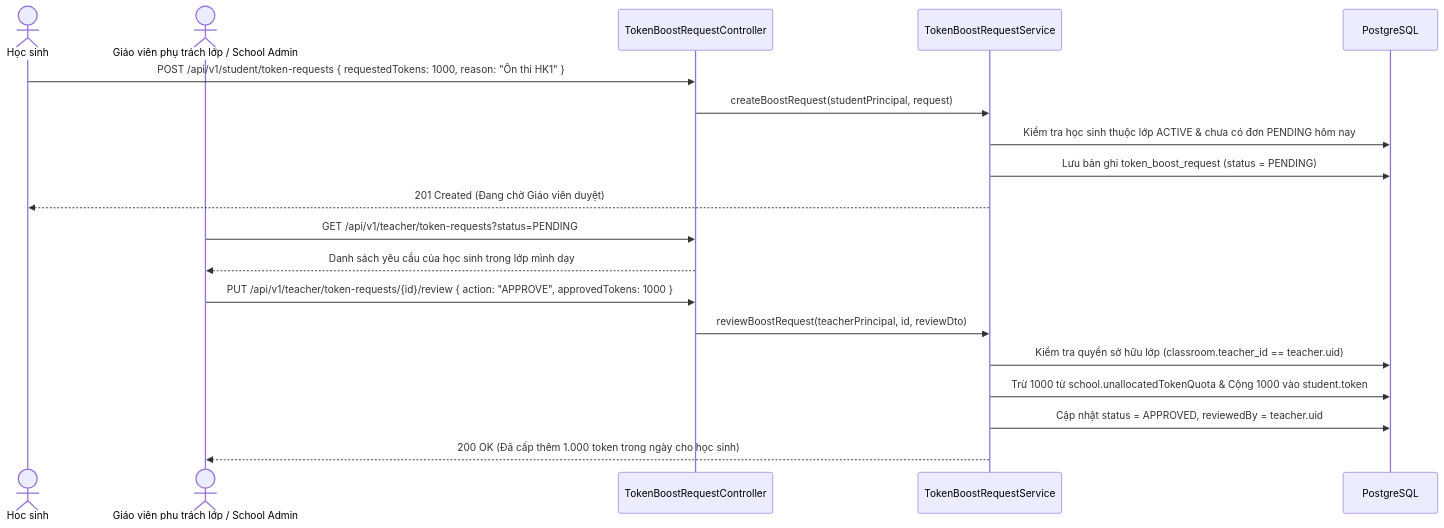
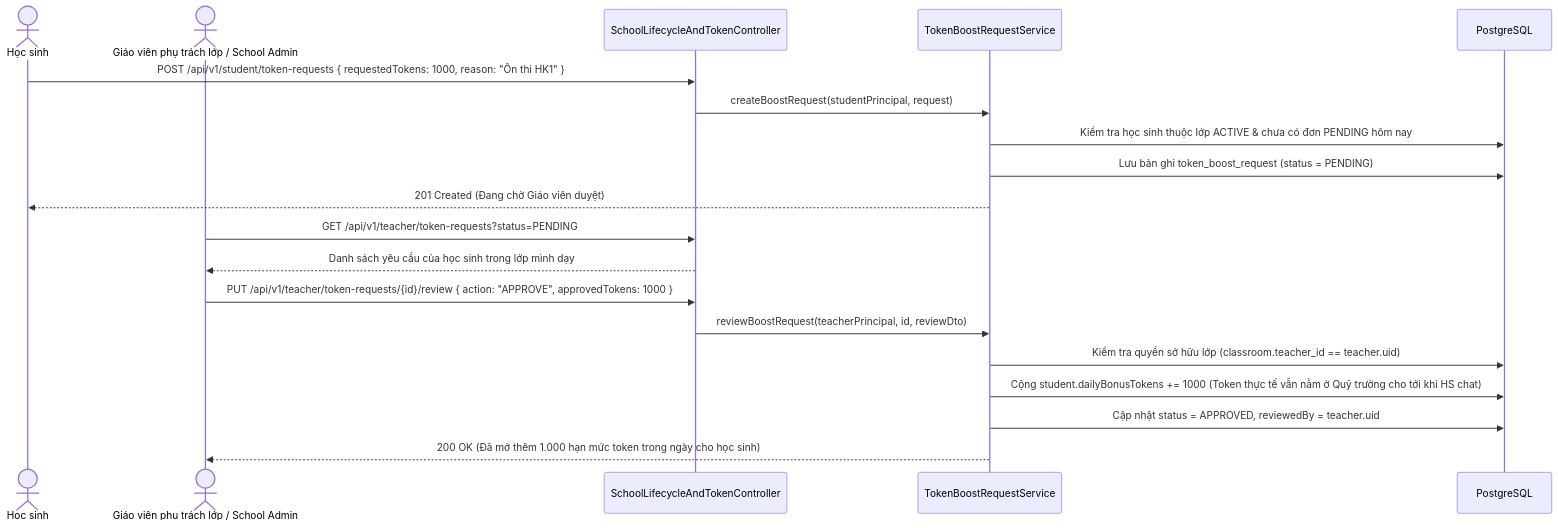
Before and after one commit to DinhTQSE/Capstone_FinalProject_HistoryTalk: the fourth of 5 diagrams in docs/sprints/sprint_7/business_flows/school_subscription_daily_token_and_lifecycle_flow.md, drawn with Mermaid. The commit also changed other lines of this file and 13 other files, not shown here.

Commit message:
refactor(school-token): switch to 100% pure shared pool with direct pool deduction and daily usage counter

````diff
--- a/docs/sprints/sprint_7/business_flows/school_subscription_daily_token_and_lifecycle_flow.md
+++ b/docs/sprints/sprint_7/business_flows/school_subscription_daily_token_and_lifecycle_flow.md
@@ -121,24 +120,24 @@
 ```mermaid
 sequenceDiagram
     actor Student as Học sinh
     actor Teacher as Giáo viên phụ trách lớp / School Admin
-    participant API as TokenBoostRequestController
+    participant API as SchoolLifecycleAndTokenController
     participant Svc as TokenBoostRequestService
     participant DB as PostgreSQL
 
     Student->>API: POST /api/v1/student/token-requests { requestedTokens: 1000, reason: "Ôn thi HK1" }
     API->>Svc: createBoostRequest(studentPrincipal, request)
     Svc->>DB: Kiểm tra học sinh thuộc lớp ACTIVE & chưa có đơn PENDING hôm nay
     Svc->>DB: Lưu bản ghi token_boost_request (status = PENDING)
     Svc-->>Student: 201 Created (Đang chờ Giáo viên duyệt)
 
     Teacher->>API: GET /api/v1/teacher/token-requests?status=PENDING
     API-->>Teacher: Danh sách yêu cầu của học sinh trong lớp mình dạy
 
     Teacher->>API: PUT /api/v1/teacher/token-requests/{id}/review { action: "APPROVE", approvedTokens: 1000 }
     API->>Svc: reviewBoostRequest(teacherPrincipal, id, reviewDto)
     Svc->>DB: Kiểm tra quyền sở hữu lớp (classroom.teacher_id == teacher.uid)
-    Svc->>DB: Trừ 1000 từ school.unallocatedTokenQuota & Cộng 1000 vào student.token
+    Svc->>DB: Cộng student.dailyBonusTokens += 1000 (Token thực tế vẫn nằm ở Quỹ trường cho tới khi HS chat)
     Svc->>DB: Cập nhật status = APPROVED, reviewedBy = teacher.uid
-    Svc-->>Teacher: 200 OK (Đã cấp thêm 1.000 token trong ngày cho học sinh)
+    Svc-->>Teacher: 200 OK (Đã mở thêm 1.000 hạn mức token trong ngày cho học sinh)
 ```
````
